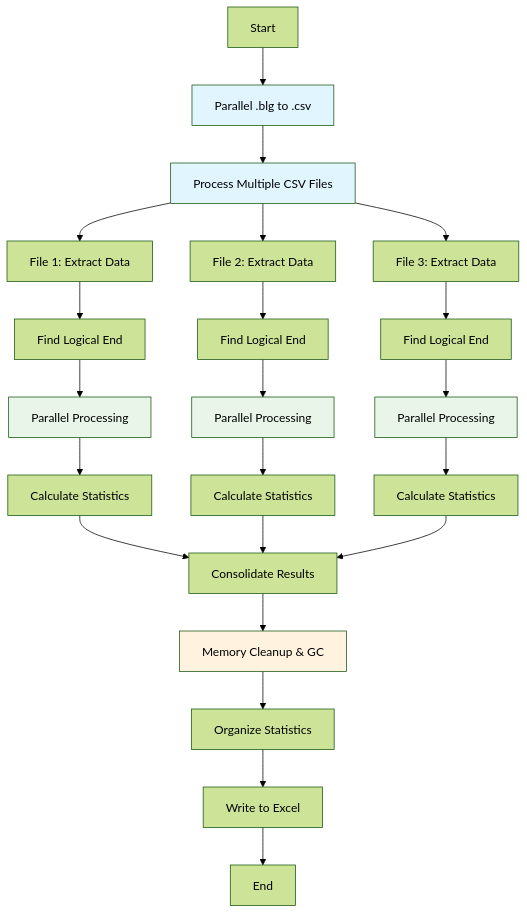
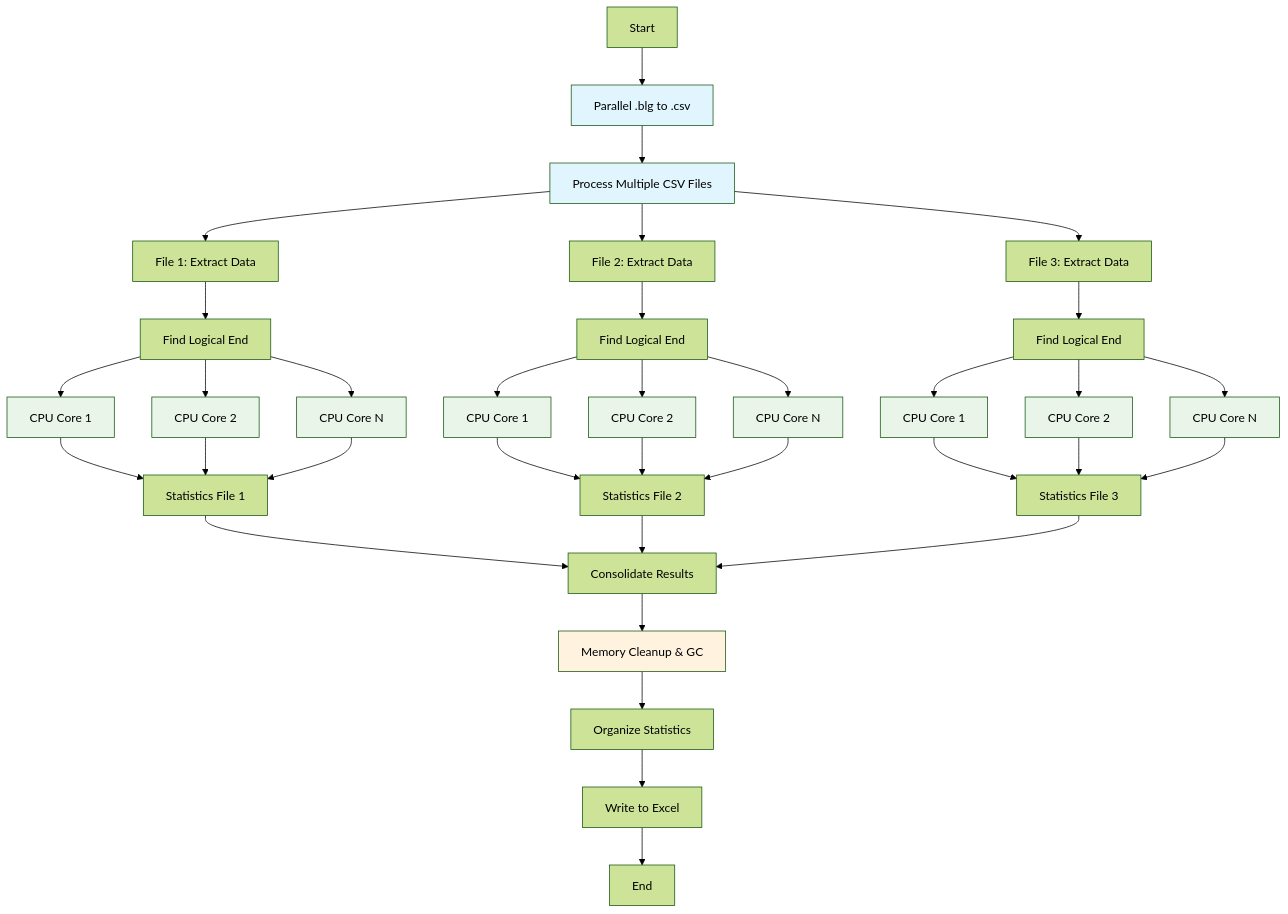
One commit to Mahesh-MSFT/perfmon-analysis changed the second of 3 diagrams in README.md. Above: the diagram before and after it, drawn with Mermaid (forest theme). The commit also changed other lines of this file, not shown here.

Commit message:
refactor: Enhance flowchart for CPU and GPU processing with detailed core and unit representation

````diff
--- a/README.md
+++ b/README.md
@@ -112,37 +112,59 @@
 ```mermaid
 flowchart TD
     A[Start] --> B[Parallel .blg to .csv]
     B --> C[Process Multiple CSV Files]
     
     C --> D1[File 1: Extract Data]
     C --> D2[File 2: Extract Data]
     C --> D3[File 3: Extract Data]
     
     D1 --> E1[Find Logical End]
     D2 --> E2[Find Logical End]
     D3 --> E3[Find Logical End]
     
-    E1 --> F1[Parallel Processing]
-    E2 --> F2[Parallel Processing]
-    E3 --> F3[Parallel Processing]
+    E1 --> F1A[CPU Core 1]
+    E1 --> F1B[CPU Core 2]
+    E1 --> F1C[CPU Core N]
     
-    F1 --> G1[Calculate Statistics]
-    F2 --> G2[Calculate Statistics]
-    F3 --> G3[Calculate Statistics]
+    E2 --> F2A[CPU Core 1]
+    E2 --> F2B[CPU Core 2]
+    E2 --> F2C[CPU Core N]
+    
+    E3 --> F3A[CPU Core 1]
+    E3 --> F3B[CPU Core 2]
+    E3 --> F3C[CPU Core N]
+    
+    F1A --> G1[Statistics File 1]
+    F1B --> G1
+    F1C --> G1
+    
+    F2A --> G2[Statistics File 2]
+    F2B --> G2
+    F2C --> G2
+    
+    F3A --> G3[Statistics File 3]
+    F3B --> G3
+    F3C --> G3
     
     G1 --> H[Consolidate Results]
     G2 --> H
     G3 --> H
     
     H --> I[Memory Cleanup & GC]
     I --> J[Organize Statistics]
     J --> K[Write to Excel]
     K --> L[End]
     
     style B fill:#e1f5fe
     style C fill:#e1f5fe
-    style F1 fill:#e8f5e8
-    style F2 fill:#e8f5e8
-    style F3 fill:#e8f5e8
+    style F1A fill:#e8f5e8
+    style F1B fill:#e8f5e8
+    style F1C fill:#e8f5e8
+    style F2A fill:#e8f5e8
+    style F2B fill:#e8f5e8
+    style F2C fill:#e8f5e8
+    style F3A fill:#e8f5e8
+    style F3B fill:#e8f5e8
+    style F3C fill:#e8f5e8
     style I fill:#fff3e0
 ```
````
